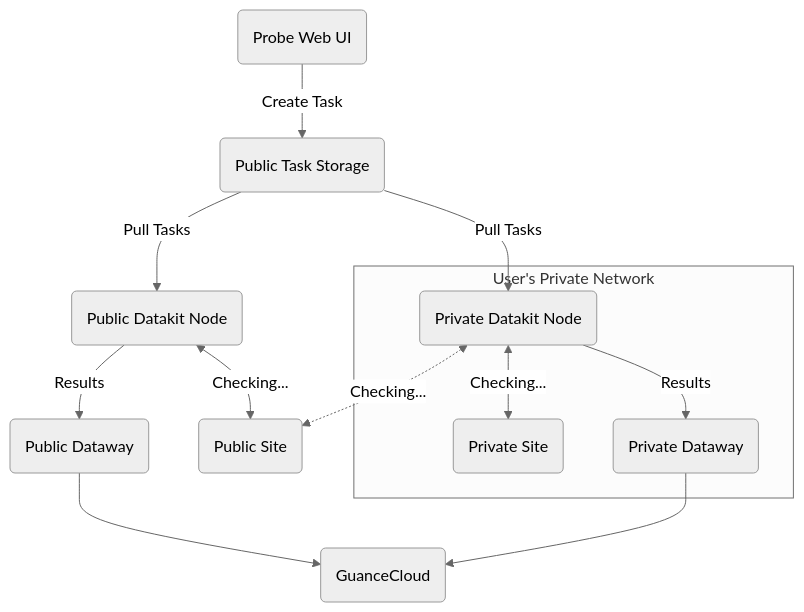
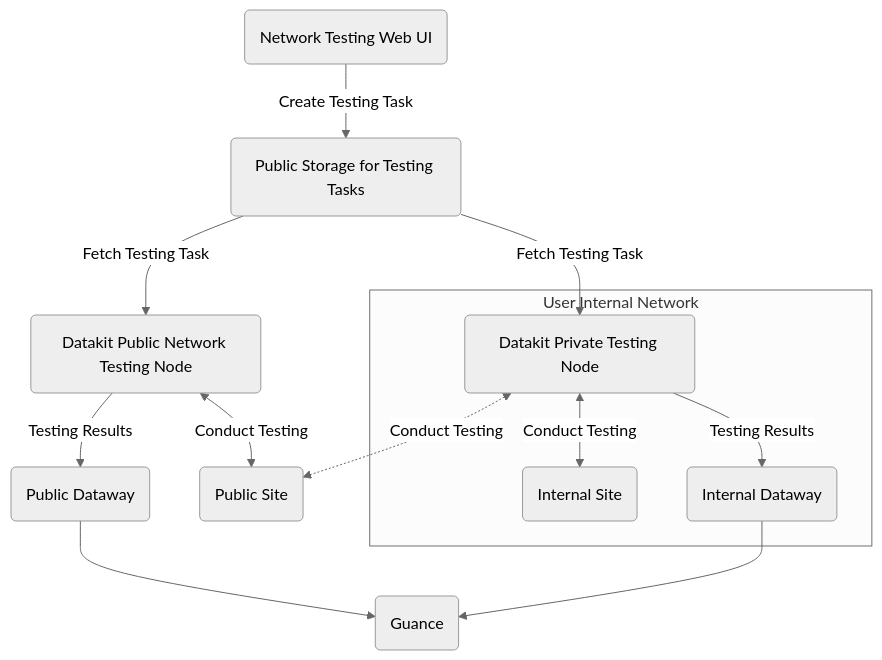
One commit to GuanceCloud/guance-docs changed the diagram in docs/en/integrations/dialtesting.md. Above: the diagram before and after it, drawn with Mermaid (neutral theme). The commit also changed other lines of this file and 351 other files, not shown here.

````diff
--- a/docs/en/integrations/dialtesting.md
+++ b/docs/en/integrations/dialtesting.md
@@ -141,26 +142,27 @@
 ```mermaid
 graph TD
   %% node definitions
-  dt_web(Probe Web UI)
-  dt_db(Public Task Storage)
-  dt_pub(Public Datakit Node)
-  dt_pri(Private Datakit Node)
-  site_inner(Private Site)
-  site_pub(Public Site)
-  dw_inner(Private Dataway)
-  dw_pub(Public Dataway)
-  guance(GuanceCloud)
+  dt_web(Network Testing Web UI);
+  dt_db(Public Storage for Testing Tasks);
+  dt_pub(Datakit Public Network Testing Node);
+  dt_pri(Datakit Private Testing Node);
+  site_inner(Internal Site);
+  site_pub(Public Site);
+  dw_inner(Internal Dataway);
+  dw_pub(Public Dataway);
+  guance(Guance);
 
-  %%%%%%%%%%%%%%%%%%%%%%%%%%%%%%%%
-  dt_web -->|Create Task| dt_db;
-  dt_db -->|Pull Tasks| dt_pub -->|Results| dw_pub --> guance;
-  dt_db -->|Pull Tasks| dt_pri;
-  dt_pub <-->|Checking...| site_pub;
+  %%%%%%%%%%%%%%%%%%%%%%%%%%%%%%%
 
-  dt_pri <-.->|Checking...| site_pub;
+  dt_web -->|Create Testing Task| dt_db;
+  dt_db -->|Fetch Testing Task| dt_pub -->|Testing Results| dw_pub --> guance;
+  dt_db -->|Fetch Testing Task| dt_pri;
+  dt_pub <-->|Conduct Testing| site_pub;
+
+  dt_pri <-.->|Conduct Testing| site_pub;
   dw_inner --> guance;
-  subgraph "User's Private Network"
-  dt_pri <-->|Checking...| site_inner;
-  dt_pri -->|Results| dw_inner;
+  subgraph "User Internal Network"
+  dt_pri <-->|Conduct Testing| site_inner;
+  dt_pri -->|Testing Results| dw_inner;
   end
 ```
````
